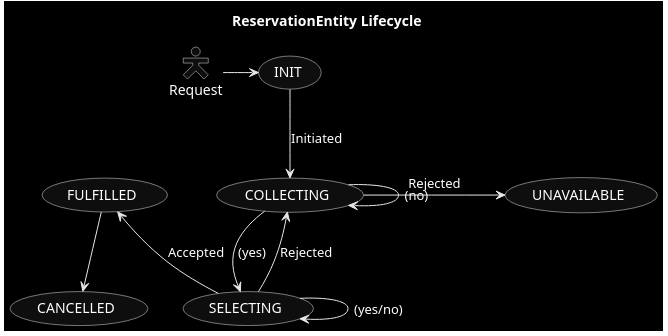
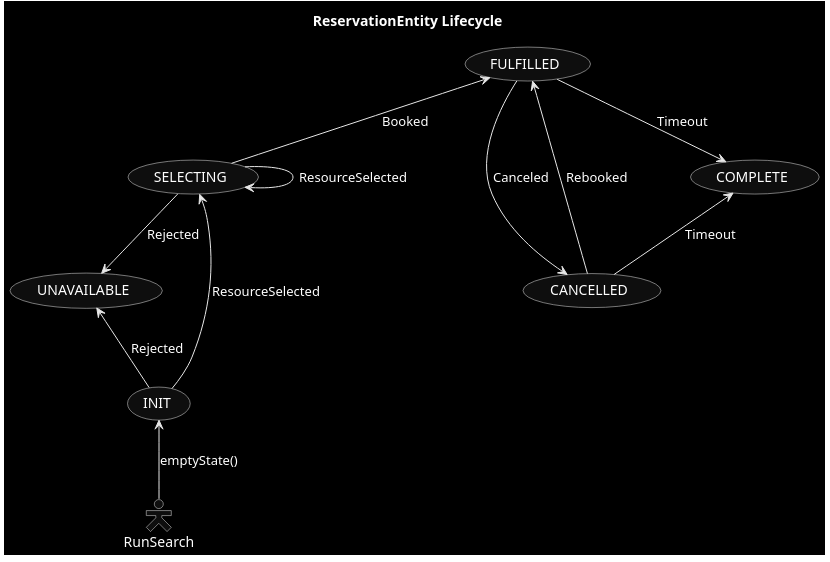
The diagram in reservation/reservation/docs/fsm.puml (max8github/rez), drawn with PlantUML before and after one commit. The commit also changed 19 other files, not shown here.

```diff
--- a/reservation/reservation/docs/fsm.puml
+++ b/reservation/reservation/docs/fsm.puml
@@ -1,15 +1,17 @@
 @startuml
 skinparam monochrome reverse
 skinparam actorStyle hollow
 
 title ReservationEntity Lifecycle
-Request -> (INIT)
-(INIT) --> (COLLECTING): Initiated
-(COLLECTING) -> (COLLECTING): (no)
-(COLLECTING) --> (SELECTING): (yes)
-(SELECTING) --> (SELECTING): (yes/no)
-(UNAVAILABLE) <-left- (COLLECTING): Rejected
-(FULFILLED) <-- (SELECTING): Accepted
-(SELECTING) -> (COLLECTING): Rejected
-(FULFILLED) --> (CANCELLED)
+RunSearch -up-> (INIT): emptyState()
+(INIT) --> (SELECTING): ResourceSelected
+(SELECTING) --> (SELECTING): ResourceSelected
+(UNAVAILABLE) <-down- (INIT): Rejected
+(FULFILLED) <-- (SELECTING): Booked
+(UNAVAILABLE) <-up- (SELECTING): Rejected
+(FULFILLED) --> (CANCELLED): Canceled
+(FULFILLED) <-- (CANCELLED): Rebooked
+'COMPLETE is when a reservation is in the past
+(COMPLETE) <-- (CANCELLED): Timeout
+(FULFILLED) --> (COMPLETE): Timeout
 @enduml
```
